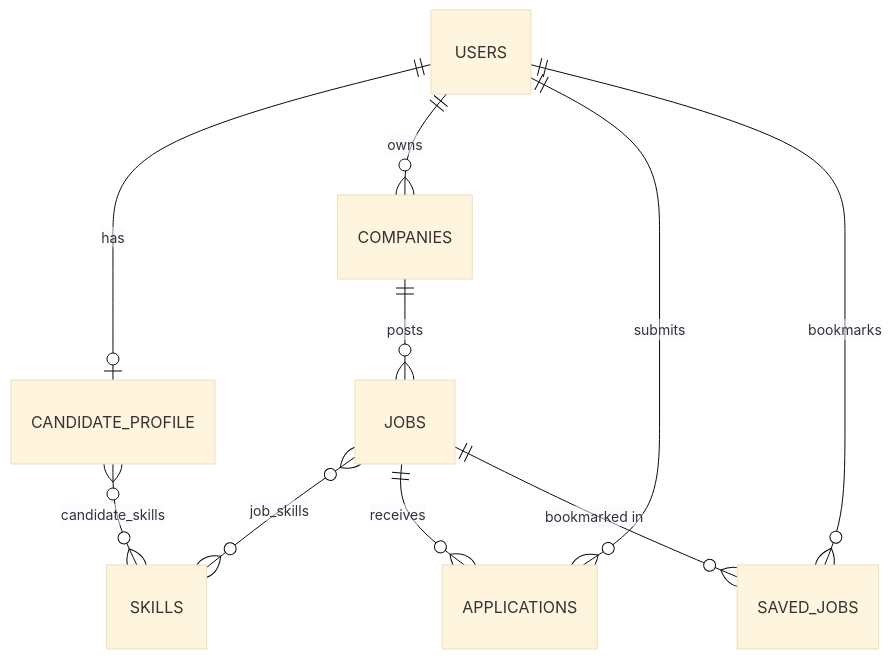
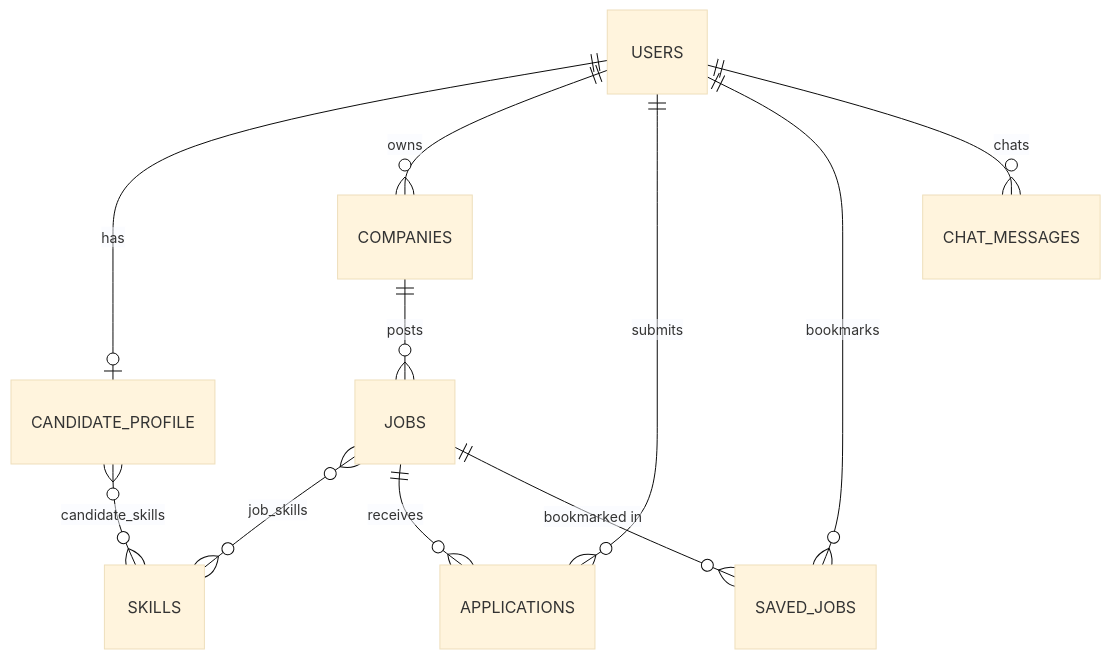
The second of 3 diagrams in README.md (iamsky2002/HireSense), drawn with Mermaid (base theme) before and after one commit. The commit also changed other lines of this file, not shown here.

````diff
--- a/README.md
+++ b/README.md
@@ -138,12 +154,13 @@
 ```mermaid
 erDiagram
     USERS ||--o| CANDIDATE_PROFILE : has
     USERS ||--o{ COMPANIES : owns
     COMPANIES ||--o{ JOBS : posts
     JOBS }o--o{ SKILLS : job_skills
     CANDIDATE_PROFILE }o--o{ SKILLS : candidate_skills
     JOBS ||--o{ APPLICATIONS : receives
     USERS ||--o{ APPLICATIONS : submits
     JOBS ||--o{ SAVED_JOBS : "bookmarked in"
     USERS ||--o{ SAVED_JOBS : bookmarks
+    USERS ||--o{ CHAT_MESSAGES : chats
 ```
````
